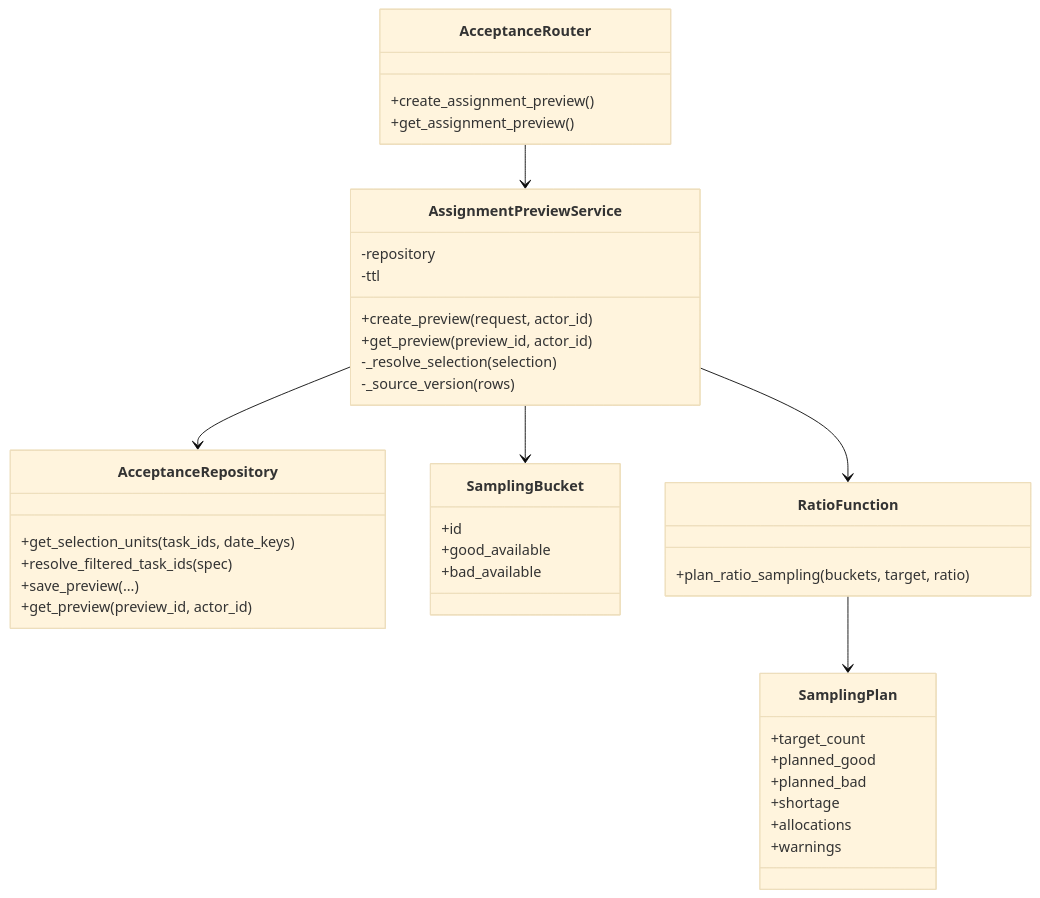
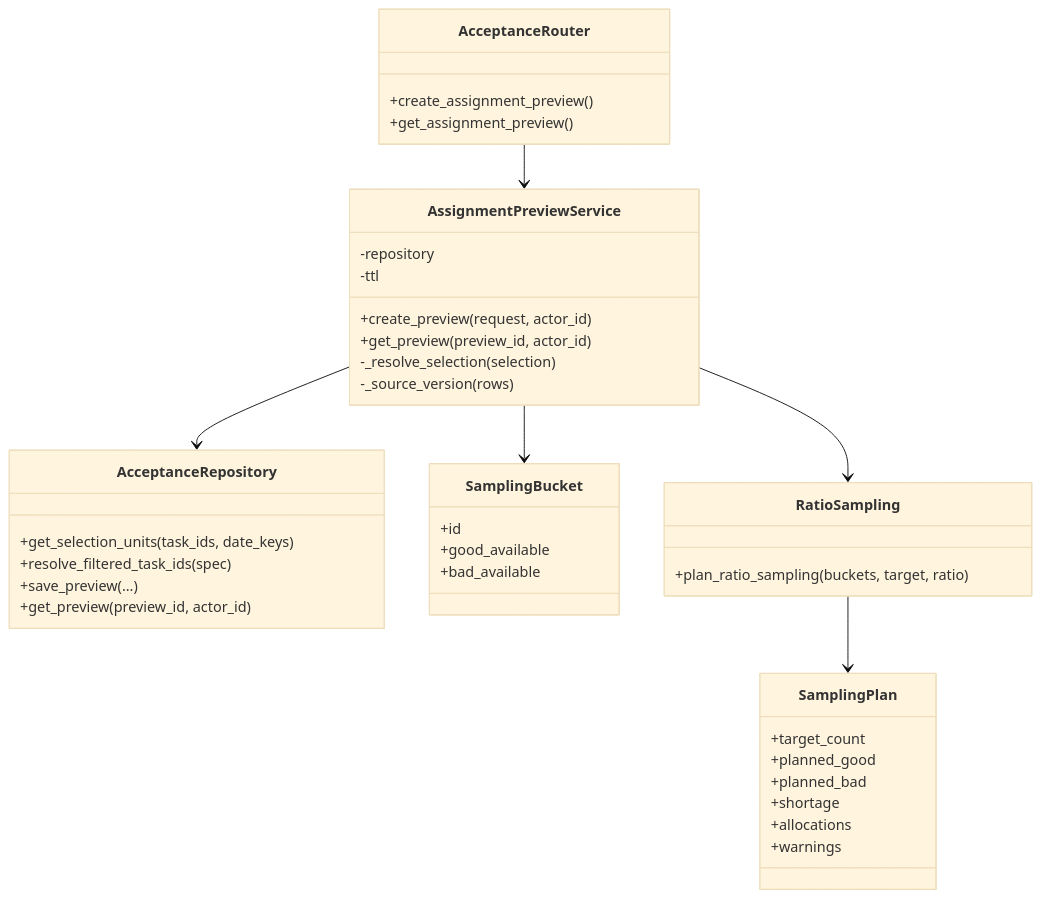
Before and after one commit to pokemonAndCodeMaster/omni-brain: the second of 5 diagrams in knowledge/domains/quality/manual/acceptance/python-architecture-and-implementation.md, drawn with Mermaid (base theme). The commit also changed other lines of this file and 24 other files, not shown here.

````diff
--- a/knowledge/domains/quality/manual/acceptance/python-architecture-and-implementation.md
+++ b/knowledge/domains/quality/manual/acceptance/python-architecture-and-implementation.md
@@ -34,42 +66,42 @@
-```mermaid
+~~~mermaid
 classDiagram
     class AcceptanceRouter {
         +create_assignment_preview()
         +get_assignment_preview()
     }
     class AssignmentPreviewService {
         -repository
         -ttl
         +create_preview(request, actor_id)
         +get_preview(preview_id, actor_id)
         -_resolve_selection(selection)
         -_source_version(rows)
     }
     class AcceptanceRepository {
         +get_selection_units(task_ids, date_keys)
         +resolve_filtered_task_ids(spec)
         +save_preview(...)
         +get_preview(preview_id, actor_id)
     }
     class SamplingBucket {
         +id
         +good_available
         +bad_available
     }
     class SamplingPlan {
         +target_count
         +planned_good
         +planned_bad
         +shortage
         +allocations
         +warnings
     }
-    class RatioFunction {
+    class RatioSampling {
         +plan_ratio_sampling(buckets, target, ratio)
     }
     AcceptanceRouter --> AssignmentPreviewService
     AssignmentPreviewService --> AcceptanceRepository
     AssignmentPreviewService --> SamplingBucket
-    AssignmentPreviewService --> RatioFunction
-    RatioFunction --> SamplingPlan
-```
+    AssignmentPreviewService --> RatioSampling
+    RatioSampling --> SamplingPlan
+~~~
````
